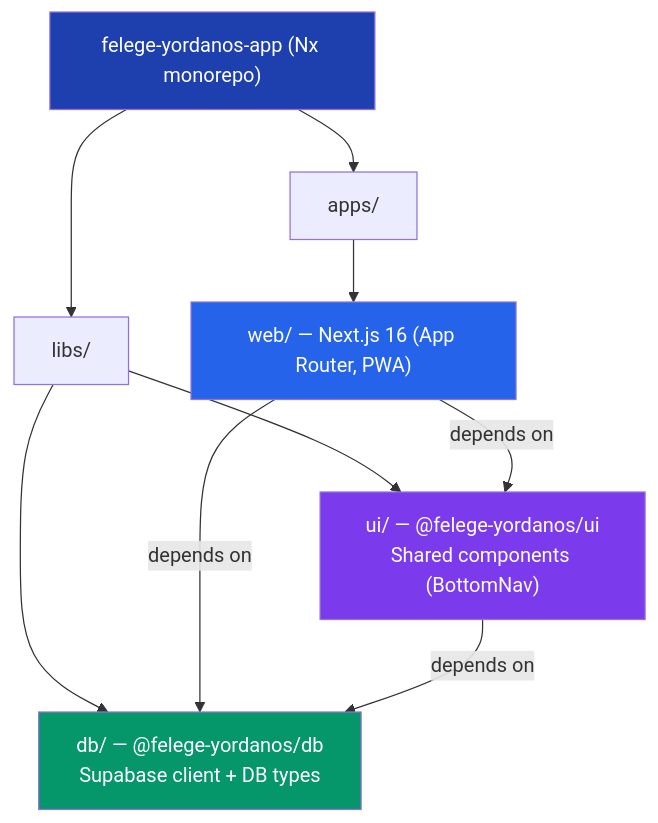
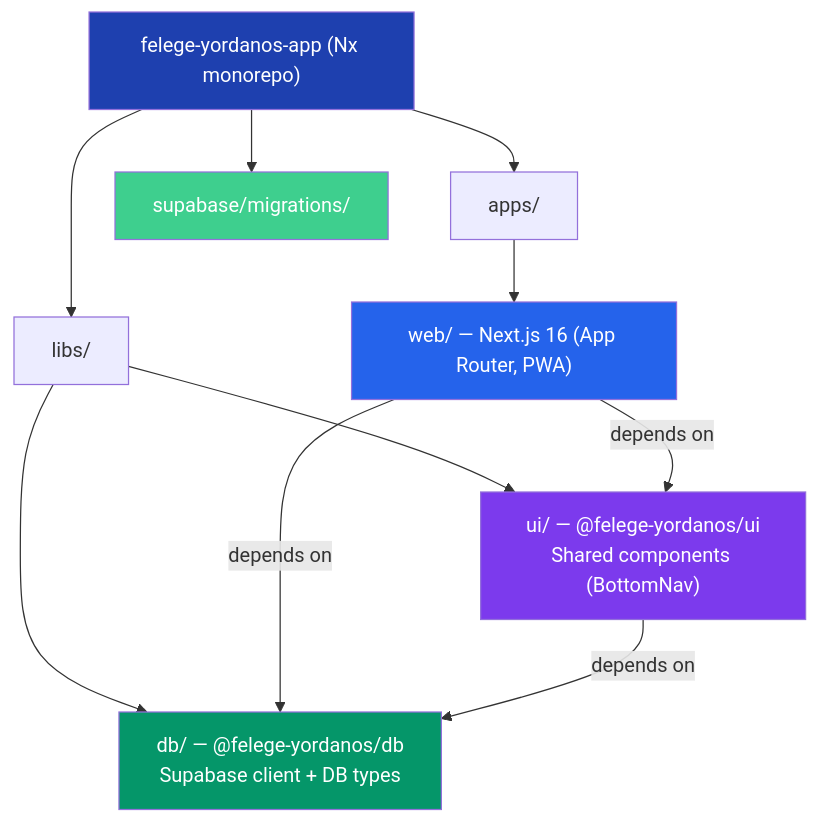
One commit to Felege-Yordanos-Tech-Team/felege-yordanos-app changed the first of 2 diagrams in docs/architecture.md. Above: the diagram before and after it, drawn with Mermaid. The commit also changed other lines of this file and 3 other files, not shown here.

First line of the commit message:
docs: 📝 update architecture docs and add database schema

````diff
--- a/docs/architecture.md
+++ b/docs/architecture.md
@@ -5,21 +5,23 @@
 ```mermaid
 graph TD
     ROOT["felege-yordanos-app (Nx monorepo)"]
 
     ROOT --> APPS["apps/"]
     ROOT --> LIBS["libs/"]
+    ROOT --> SUPA["supabase/migrations/"]
 
     APPS --> WEB["web/ — Next.js 16 (App Router, PWA)"]
 
     LIBS --> UI["ui/ — @felege-yordanos/ui<br/>Shared components (BottomNav)"]
     LIBS --> DB["db/ — @felege-yordanos/db<br/>Supabase client + DB types"]
 
     WEB --> |depends on| UI
     WEB --> |depends on| DB
     UI --> |depends on| DB
 
     style ROOT fill:#1e40af,color:#fff
     style WEB fill:#2563eb,color:#fff
     style UI fill:#7c3aed,color:#fff
     style DB fill:#059669,color:#fff
+    style SUPA fill:#3ecf8e,color:#fff
 ```
````
